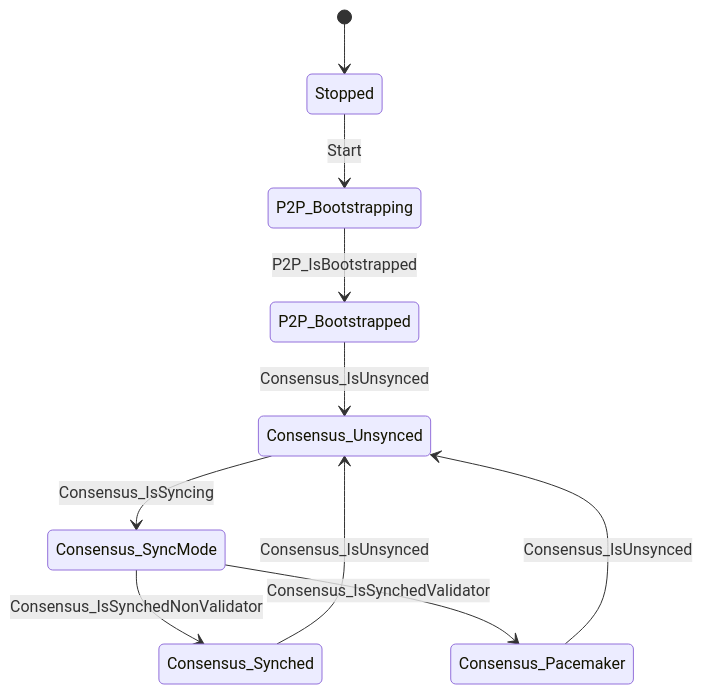
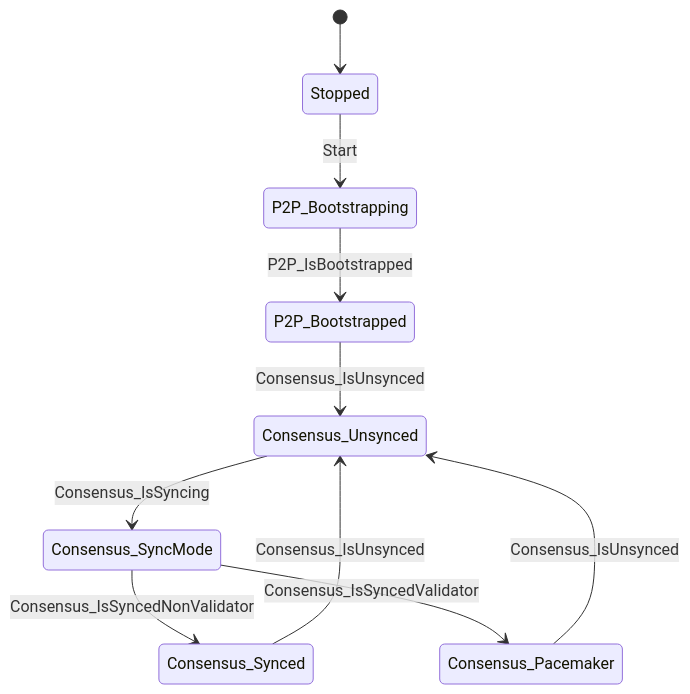
The diagram in state_machine/docs/state-machine.diagram.md (pokt-network/pocket), drawn with Mermaid before and after one commit. The commit also changed 12 other files, not shown here.

````diff
--- a/state_machine/docs/state-machine.diagram.md
+++ b/state_machine/docs/state-machine.diagram.md
@@ -5,12 +5,12 @@
 ```mermaid
 stateDiagram-v2
     [*] --> Stopped
     Consensus_Pacemaker --> Consensus_Unsynced: Consensus_IsUnsynced
-    Consensus_SyncMode --> Consensus_Synched: Consensus_IsSynchedNonValidator
-    Consensus_SyncMode --> Consensus_Pacemaker: Consensus_IsSynchedValidator
-    Consensus_Synched --> Consensus_Unsynced: Consensus_IsUnsynced
+    Consensus_SyncMode --> Consensus_Synced: Consensus_IsSyncedNonValidator
+    Consensus_SyncMode --> Consensus_Pacemaker: Consensus_IsSyncedValidator
+    Consensus_Synced --> Consensus_Unsynced: Consensus_IsUnsynced
     Consensus_Unsynced --> Consensus_SyncMode: Consensus_IsSyncing
     P2P_Bootstrapped --> Consensus_Unsynced: Consensus_IsUnsynced
     P2P_Bootstrapping --> P2P_Bootstrapped: P2P_IsBootstrapped
     Stopped --> P2P_Bootstrapping: Start
 ```
````
